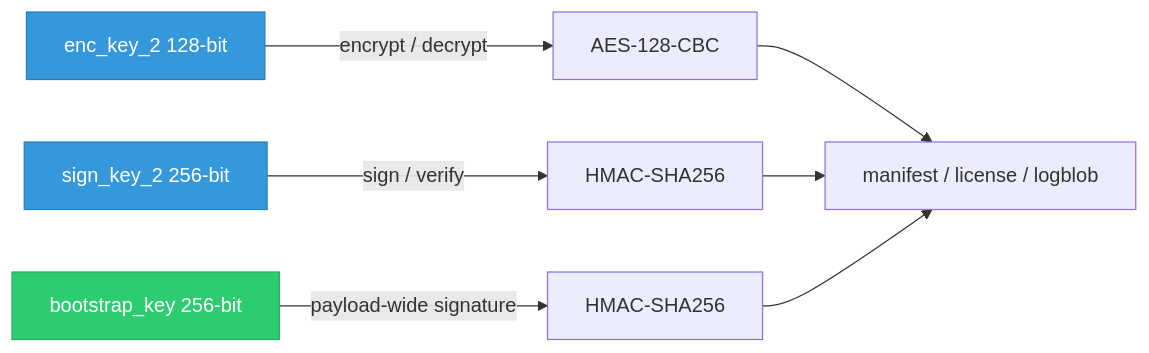
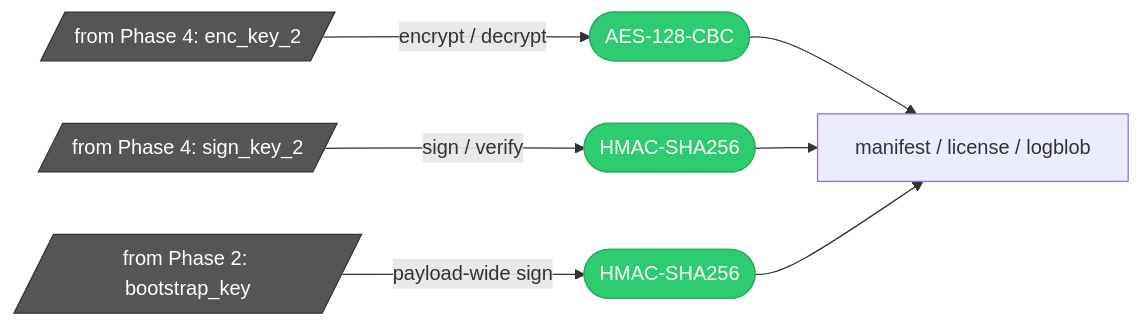
Before and after one commit to qtmleap/revkit: the sixth of 9 diagrams in docs/spec/msl_key_relationship.md, drawn with Mermaid. The commit also changed other lines of this file, not shown here.

First line of the commit message:
docs(spec): Mermaid 図の記法を統一

````diff
--- a/docs/spec/msl_key_relationship.md
+++ b/docs/spec/msl_key_relationship.md
@@ -128,13 +133,16 @@
 ```mermaid
 graph LR
-    ENC2["enc_key_2 128-bit"] -->|encrypt / decrypt| MSL_ENC["AES-128-CBC"]
-    SIGN2["sign_key_2 256-bit"] -->|sign / verify| MSL_SIGN["HMAC-SHA256"]
-    NEW_SIGN["bootstrap_key 256-bit"] -->|payload-wide signature| MSL_SIGN2["HMAC-SHA256"]
-    MSL_ENC --> PAYLOAD["manifest / license / logblob"]
-    MSL_SIGN --> PAYLOAD
-    MSL_SIGN2 --> PAYLOAD
+    FROM_P4a[/"from Phase 4: enc_key_2"/] -->|encrypt / decrypt| OP_AES(["AES-128-CBC"])
+    FROM_P4b[/"from Phase 4: sign_key_2"/] -->|sign / verify| OP_HMAC5(["HMAC-SHA256"])
+    FROM_P2[/"from Phase 2: bootstrap_key"/] -->|payload-wide sign| OP_HMAC5b(["HMAC-SHA256"])
+    OP_AES --> PAYLOAD["manifest / license / logblob"]
+    OP_HMAC5 --> PAYLOAD
+    OP_HMAC5b --> PAYLOAD
 
-    style ENC2 fill:#3498db,stroke:#2980b9,color:#fff
-    style SIGN2 fill:#3498db,stroke:#2980b9,color:#fff
-    style NEW_SIGN fill:#2ecc71,stroke:#27ae60,color:#fff
+    style FROM_P4a fill:#555,stroke:#333,color:#fff
+    style FROM_P4b fill:#555,stroke:#333,color:#fff
+    style FROM_P2 fill:#555,stroke:#333,color:#fff
+    style OP_AES fill:#2ecc71,stroke:#27ae60,color:#fff
+    style OP_HMAC5 fill:#2ecc71,stroke:#27ae60,color:#fff
+    style OP_HMAC5b fill:#2ecc71,stroke:#27ae60,color:#fff
 ```
````
